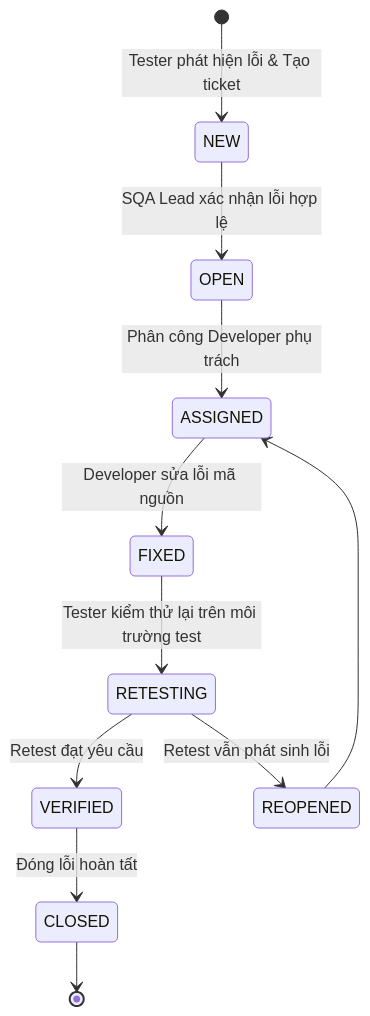
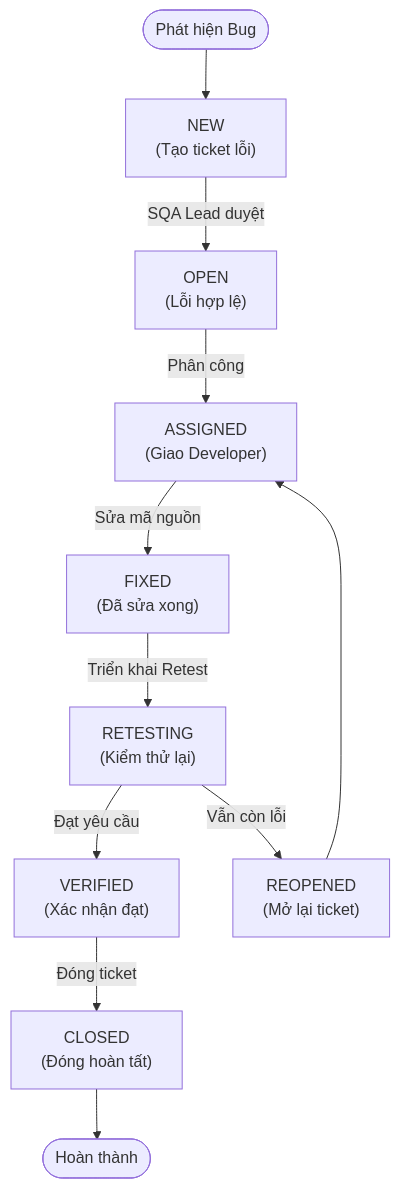
Before and after one commit to PhamQuang138/DGKTPM: the fourth of 4 diagrams in README.md, drawn with Mermaid. The commit also changed other lines of this file and 2 other files, not shown here.

Commit message:
fix: format README tables, replace broken math dollar signs, and fix text wrapping in mermaid diagrams

````diff
--- a/README.md
+++ b/README.md
@@ -405,13 +362,13 @@
 ```mermaid
-stateDiagram-v2
-    [*] --> NEW: Tester phát hiện lỗi & Tạo ticket
-    NEW --> OPEN: SQA Lead xác nhận lỗi hợp lệ
-    OPEN --> ASSIGNED: Phân công Developer phụ trách
-    ASSIGNED --> FIXED: Developer sửa lỗi mã nguồn
-    FIXED --> RETESTING: Tester kiểm thử lại trên môi trường test
-    RETESTING --> VERIFIED: Retest đạt yêu cầu
-    RETESTING --> REOPENED: Retest vẫn phát sinh lỗi
+flowchart TD
+    Start([Phát hiện Bug]) --> NEW["NEW<br/>(Tạo ticket lỗi)"]
+    NEW -->|SQA Lead duyệt| OPEN["OPEN<br/>(Lỗi hợp lệ)"]
+    OPEN -->|Phân công| ASSIGNED["ASSIGNED<br/>(Giao Developer)"]
+    ASSIGNED -->|Sửa mã nguồn| FIXED["FIXED<br/>(Đã sửa xong)"]
+    FIXED -->|Triển khai Retest| RETESTING["RETESTING<br/>(Kiểm thử lại)"]
+    RETESTING -->|Đạt yêu cầu| VERIFIED["VERIFIED<br/>(Xác nhận đạt)"]
+    RETESTING -->|Vẫn còn lỗi| REOPENED["REOPENED<br/>(Mở lại ticket)"]
     REOPENED --> ASSIGNED
-    VERIFIED --> CLOSED: Đóng lỗi hoàn tất
-    CLOSED --> [*]
+    VERIFIED -->|Đóng ticket| CLOSED["CLOSED<br/>(Đóng hoàn tất)"]
+    CLOSED --> EndNode([Hoàn thành])
 ```
````
